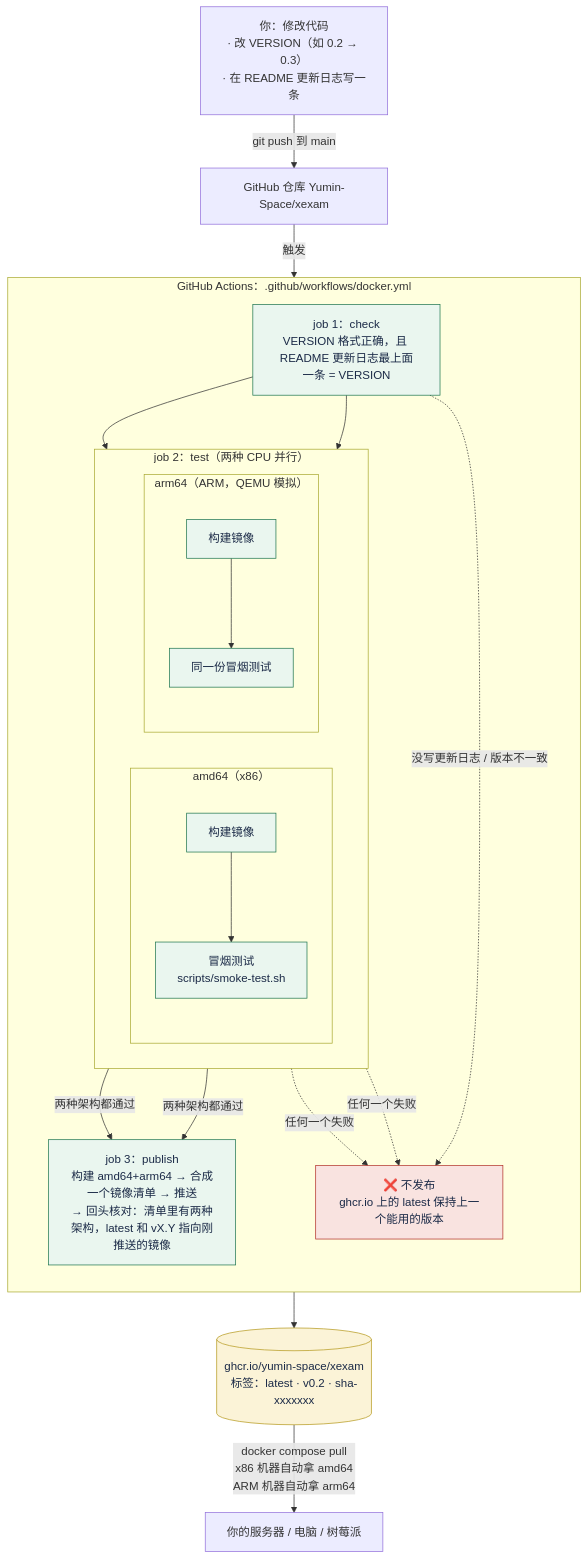
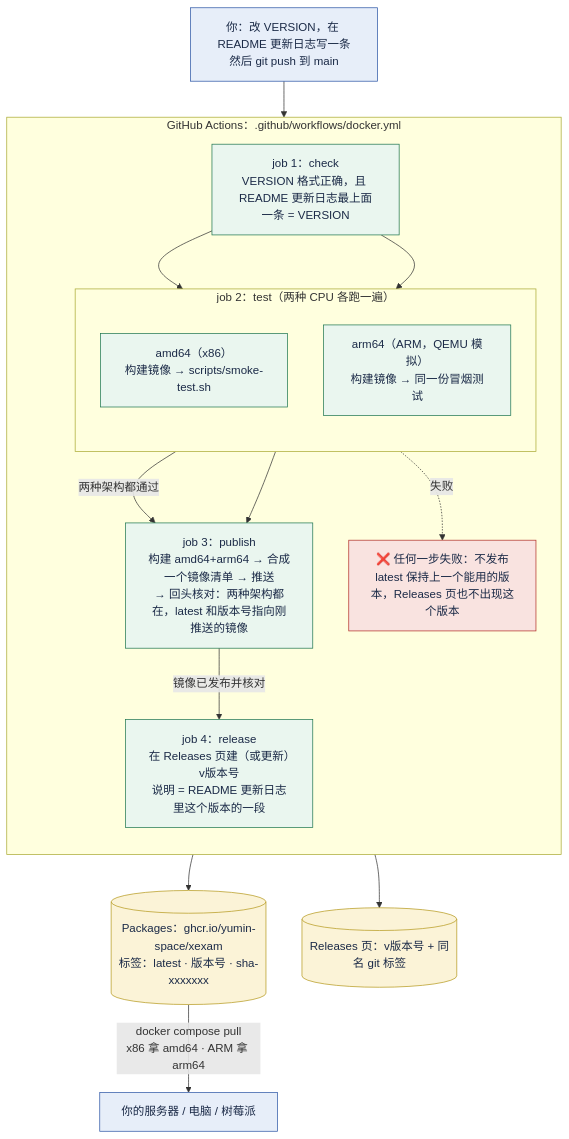
One commit to Yumin-Space/xexam changed the sixth of 8 diagrams in README.md. Above: the diagram before and after it, drawn with Mermaid. The commit also changed other lines of this file and 4 other files, not shown here.

First line of the commit message:
v0.2.1: create a GitHub Release automatically after every successful publish

````diff
--- a/README.md
+++ b/README.md
@@ -384,40 +384,36 @@
 ```mermaid
 flowchart TB
-    DEV["你：修改代码<br/>· 改 VERSION（如 0.2 → 0.3）<br/>· 在 README 更新日志写一条"] -->|"git push 到 main"| GH["GitHub 仓库 Yumin-Space/xexam"]
-    GH -->|"触发"| WF
+    DEV["你：改 VERSION，在 README 更新日志写一条<br/>然后 git push 到 main"] --> CHK
 
     subgraph WF["GitHub Actions：.github/workflows/docker.yml"]
         direction TB
         CHK["job 1：check<br/>VERSION 格式正确，且 README 更新日志最上面一条 = VERSION"]
-        subgraph TEST["job 2：test（两种 CPU 并行）"]
-            direction LR
-            subgraph T1["amd64（x86）"]
-                direction TB
-                A2["构建镜像"] --> A3["冒烟测试<br/>scripts/smoke-test.sh"]
-            end
-            subgraph T2["arm64（ARM，QEMU 模拟）"]
-                direction TB
-                B2["构建镜像"] --> B3["同一份冒烟测试"]
-            end
+        subgraph TEST["job 2：test（两种 CPU 各跑一遍）"]
+            direction TB
+            T1["amd64（x86）<br/>构建镜像 → scripts/smoke-test.sh"]
+            T2["arm64（ARM，QEMU 模拟）<br/>构建镜像 → 同一份冒烟测试"]
         end
-        PUB["job 3：publish<br/>构建 amd64+arm64 → 合成一个镜像清单 → 推送<br/>→ 回头核对：清单里有两种架构，latest 和 vX.Y 指向刚推送的镜像"]
-        STOP["❌ 不发布<br/>ghcr.io 上的 latest 保持上一个能用的版本"]
-        CHK --> A2
-        CHK --> B2
-        A3 -->|"两种架构都通过"| PUB
-        B3 -->|"两种架构都通过"| PUB
-        CHK -.->|"没写更新日志 / 版本不一致"| STOP
-        A3 -.->|"任何一个失败"| STOP
-        B3 -.->|"任何一个失败"| STOP
+        PUB["job 3：publish<br/>构建 amd64+arm64 → 合成一个镜像清单 → 推送<br/>→ 回头核对：两种架构都在，latest 和版本号指向刚推送的镜像"]
+        REL["job 4：release<br/>在 Releases 页建（或更新）v版本号<br/>说明 = README 更新日志里这个版本的一段"]
+        STOP["❌ 任何一步失败：不发布<br/>latest 保持上一个能用的版本，Releases 页也不出现这个版本"]
+        CHK --> T1
+        CHK --> T2
+        T1 -->|"两种架构都通过"| PUB
+        T2 --> PUB
+        PUB -->|"镜像已发布并核对"| REL
+        TEST -.->|"失败"| STOP
     end
 
-    PUB --> REG[("ghcr.io/yumin-space/xexam<br/>标签：latest · v0.2 · sha-xxxxxxx")]
-    REG -->|"docker compose pull<br/>x86 机器自动拿 amd64<br/>ARM 机器自动拿 arm64"| RUN["你的服务器 / 电脑 / 树莓派"]
+    PUB --> REG[("Packages：ghcr.io/yumin-space/xexam<br/>标签：latest · 版本号 · sha-xxxxxxx")]
+    REL --> RELP[("Releases 页：v版本号 + 同名 git 标签")]
+    REG -->|"docker compose pull<br/>x86 拿 amd64 · ARM 拿 arm64"| RUN["你的服务器 / 电脑 / 树莓派"]
 
     classDef ok fill:#EAF6EF,stroke:#1F7650,color:#1B2A47
     classDef bad fill:#F9E3E0,stroke:#B2312A,color:#1B2A47
     classDef store fill:#FBF3D7,stroke:#B59A1F,color:#1B2A47
-    class CHK,A2,A3,B2,B3,PUB ok
+    classDef user fill:#E7EEF9,stroke:#2D56A6,color:#1B2A47
+    class CHK,T1,T2,PUB,REL ok
     class STOP bad
-    class REG store
+    class REG,RELP store
+    class DEV,RUN user
 ```
````
